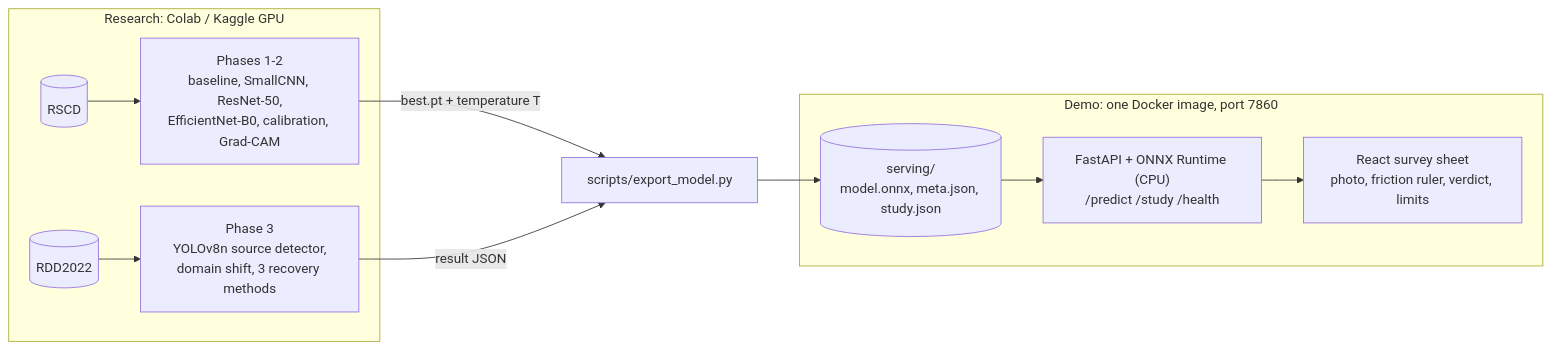
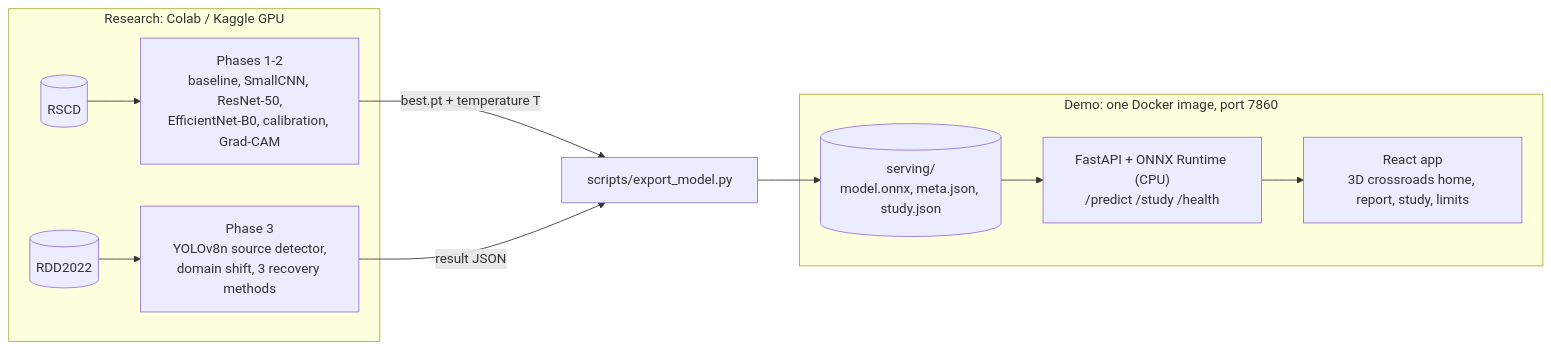
The diagram in README.md (siddharth250305/road-conditions-Ai), drawn with Mermaid before and after one commit. The commit also changed other lines of this file and 40 other files, not shown here.

````diff
--- a/README.md
+++ b/README.md
@@ -14,14 +14,14 @@
 ```mermaid
 flowchart LR
   subgraph R["Research: Colab / Kaggle GPU"]
     RSCD[(RSCD)] --> CLS["Phases 1-2<br/>baseline, SmallCNN, ResNet-50,<br/>EfficientNet-B0, calibration, Grad-CAM"]
     RDD[(RDD2022)] --> DET["Phase 3<br/>YOLOv8n source detector,<br/>domain shift, 3 recovery methods"]
   end
   CLS -- "best.pt + temperature T" --> EXP["scripts/export_model.py"]
   DET -- "result JSON" --> EXP
   EXP --> BUNDLE[("serving/<br/>model.onnx, meta.json, study.json")]
   subgraph D["Demo: one Docker image, port 7860"]
     BUNDLE --> API["FastAPI + ONNX Runtime (CPU)<br/>/predict /study /health"]
-    API --> UI["React survey sheet<br/>photo, friction ruler, verdict, limits"]
+    API --> UI["React app<br/>3D crossroads home, report, study, limits"]
   end
 ```
````
